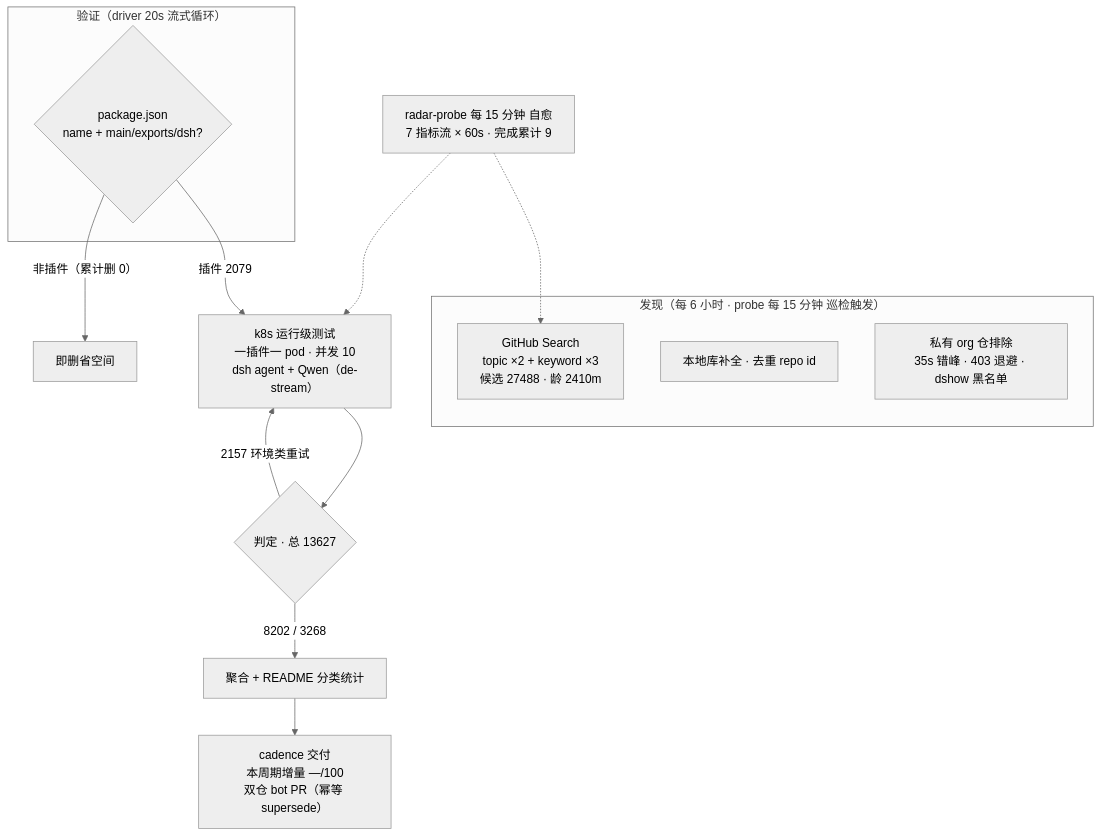
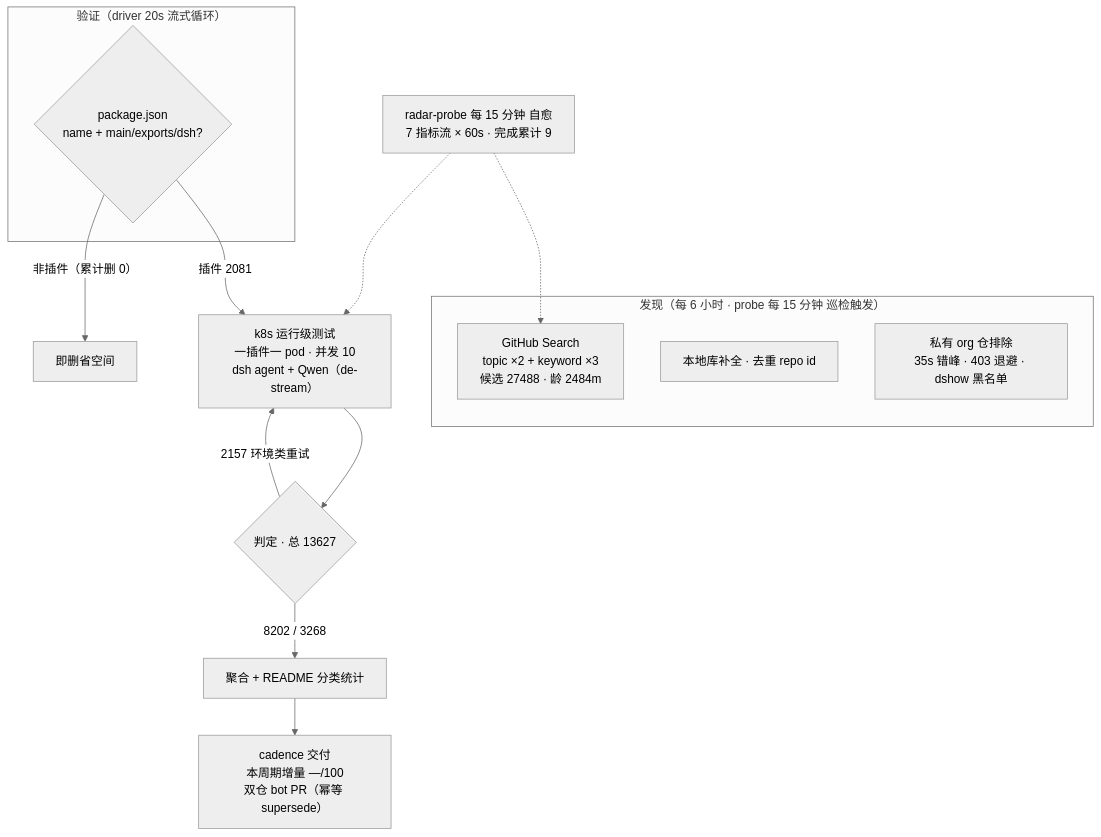
Before and after one commit to Zhidao-Lab-OSS/awesome-dsh-plugins: the diagram in README.md, drawn with Mermaid (neutral theme). The commit also changed other lines of this file and 1 other file, not shown here.

````diff
--- a/README.md
+++ b/README.md
@@ -54,20 +54,20 @@
 ```mermaid
 flowchart TB
     subgraph Discovery["发现（每 6 小时 · probe 每 15 分钟 巡检触发）"]
-        A1["GitHub Search<br/>topic ×2 + keyword ×3<br/>候选 27488 · 龄 2410m"]
+        A1["GitHub Search<br/>topic ×2 + keyword ×3<br/>候选 27488 · 龄 2484m"]
         A2["本地库补全 · 去重 repo id"]
         A3["私有 org 仓排除<br/>35s 错峰 · 403 退避 · dshow 黑名单"]
     end
     subgraph Validation["验证（driver 20s 流式循环）"]
         B1{"package.json<br/>name + main/exports/dsh?"}
     end
-    B1 -->|"插件 2079"| C1["k8s 运行级测试<br/>一插件一 pod · 并发 10<br/>dsh agent + Qwen（de-stream）"]
+    B1 -->|"插件 2081"| C1["k8s 运行级测试<br/>一插件一 pod · 并发 10<br/>dsh agent + Qwen（de-stream）"]
     B1 -->|"非插件（累计删 0）"| B3["即删省空间"]
     C1 --> D1{"判定 · 总 13627"}
     D1 -->|"8202 / 3268"| E1["聚合 + README 分类统计"]
     D1 -->|"2157 环境类重试"| C1
     E1 --> E2["cadence 交付<br/>本周期增量 —/100<br/>双仓 bot PR（幂等 supersede）"]
     M["radar-probe 每 15 分钟 自愈<br/>7 指标流 × 60s · 完成累计 9"]
     M -.-> A1
     M -.-> C1
 ```
````
